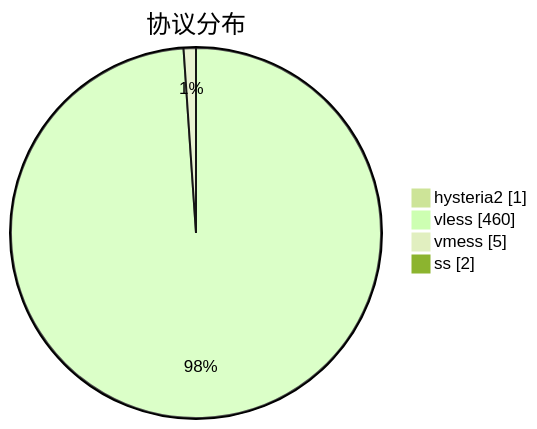
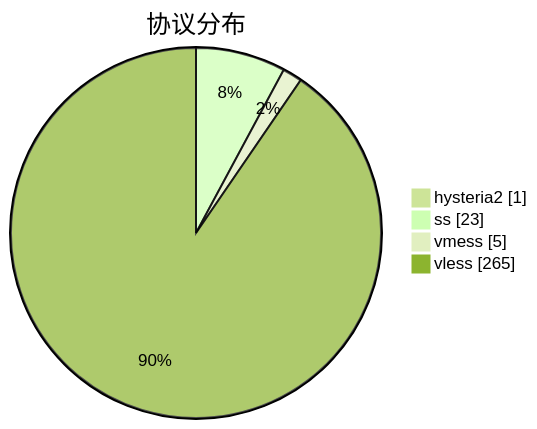
One commit to sinspired/airport changed the third of 3 diagrams in subs/statistics/tested_within.md. Above: the diagram before and after it, drawn with Mermaid (forest theme). The commit also changed other lines of this file and 2 other files, not shown here.

````diff
--- a/subs/statistics/tested_within.md
+++ b/subs/statistics/tested_within.md
@@ -33,8 +27,8 @@
 ```mermaid
 pie showData
 title 协议分布
 "hysteria2" : 1
-"vless" : 460
+"ss" : 23
 "vmess" : 5
-"ss" : 2
+"vless" : 265
 ```
````
